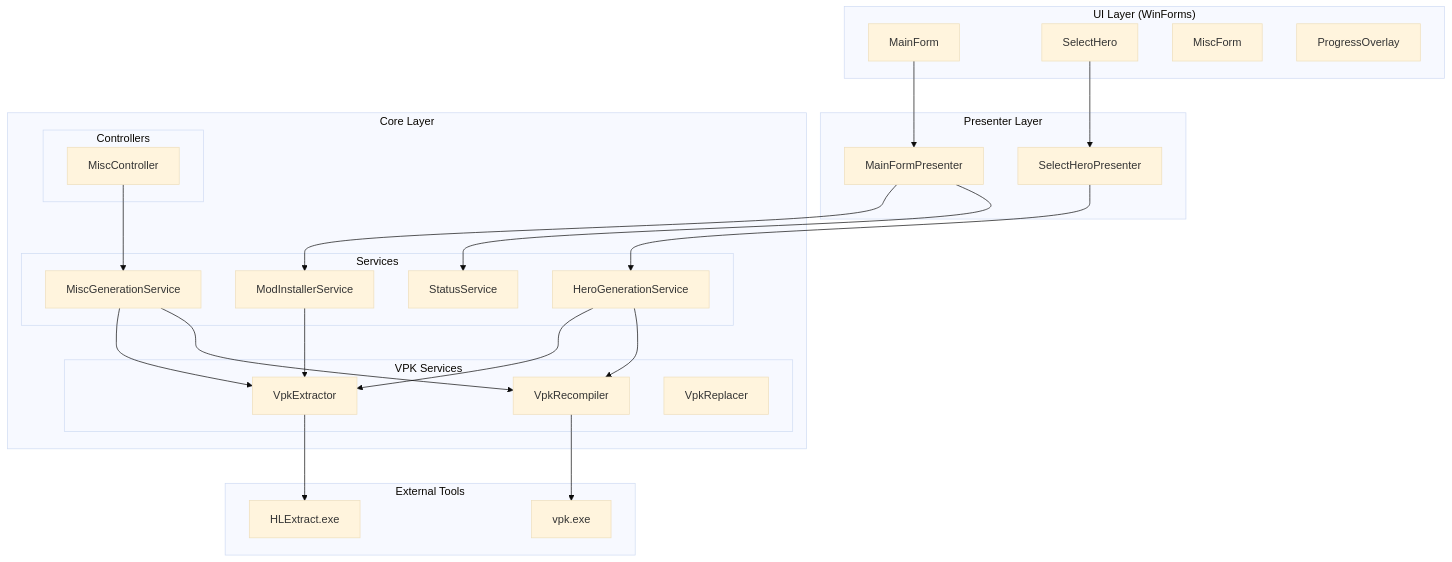
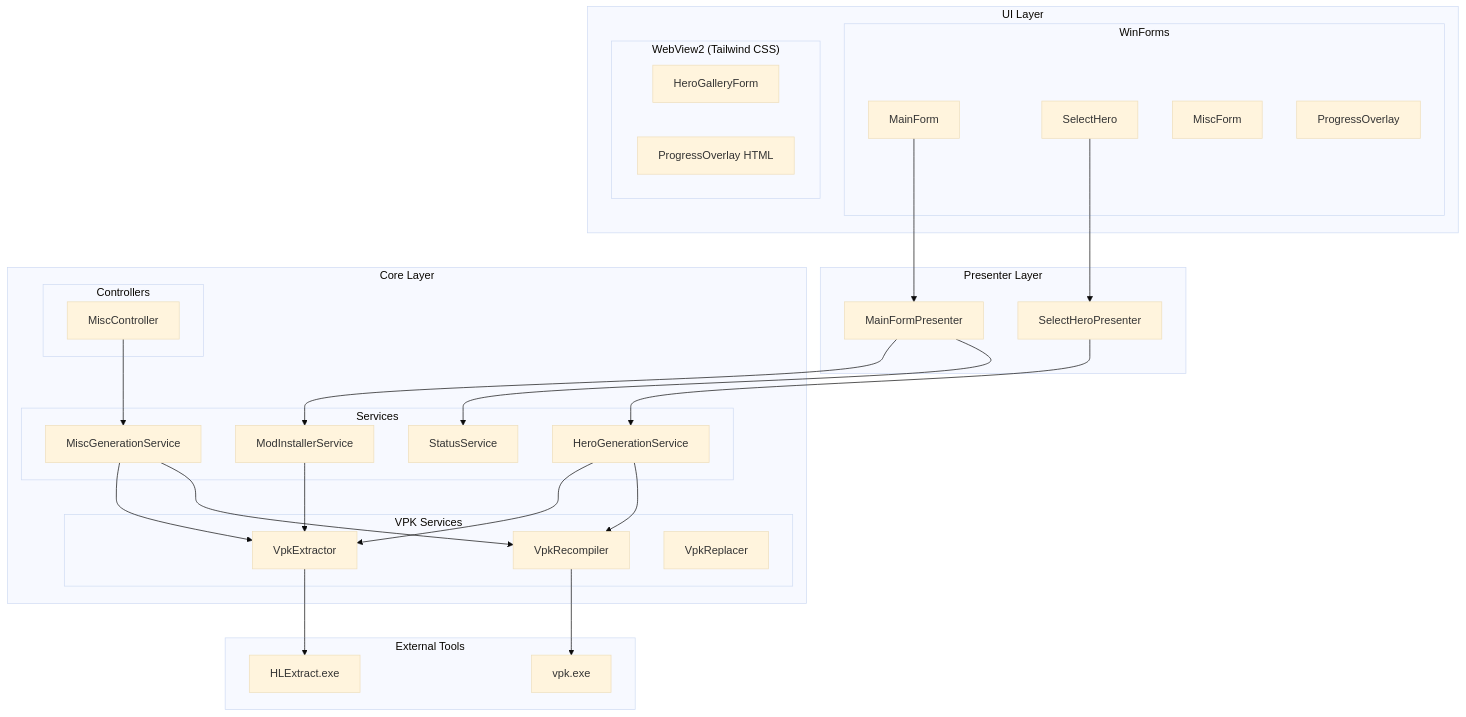
One commit to Anneardysa/ArdysaModsTools changed the first of 8 diagrams in docs/developer/architecture.md. Above: the diagram before and after it, drawn with Mermaid (base theme). The commit also changed other lines of this file and 13 other files, not shown here.

Commit message:
2.0.16 | Update | Change Skin Selector UI to WebView2, cleanup unused code | 2031

````diff
--- a/docs/developer/architecture.md
+++ b/docs/developer/architecture.md
@@ -9,50 +9,56 @@
 ```mermaid
 graph TB
-    subgraph UI["UI Layer (WinForms)"]
-        MF[MainForm]
-        SH[SelectHero]
-        MiscF[MiscForm]
-        PO[ProgressOverlay]
+    subgraph UI["UI Layer"]
+        subgraph WinForms["WinForms"]
+            MF[MainForm]
+            SH[SelectHero]
+            MiscF[MiscForm]
+            PO[ProgressOverlay]
+        end
+        subgraph WebView2["WebView2 (Tailwind CSS)"]
+            HGF[HeroGalleryForm]
+            POW[ProgressOverlay HTML]
+        end
     end
 
     subgraph Presenters["Presenter Layer"]
         MFP[MainFormPresenter]
         SHP[SelectHeroPresenter]
     end
 
     subgraph Core["Core Layer"]
         subgraph Controllers
             MC[MiscController]
         end
         subgraph Services
             MIS[ModInstallerService]
             HGS[HeroGenerationService]
             MGS[MiscGenerationService]
             SS[StatusService]
         end
         subgraph VPK["VPK Services"]
             VE[VpkExtractor]
             VR[VpkRecompiler]
             VRep[VpkReplacer]
         end
     end
 
     subgraph External["External Tools"]
         HLE[HLExtract.exe]
         VPKT[vpk.exe]
     end
 
     MF --> MFP
     SH --> SHP
     MFP --> MIS
     MFP --> SS
     SHP --> HGS
     MC --> MGS
     MIS --> VE
     HGS --> VE
     HGS --> VR
     MGS --> VE
     MGS --> VR
     VE --> HLE
     VR --> VPKT
 ```
````
